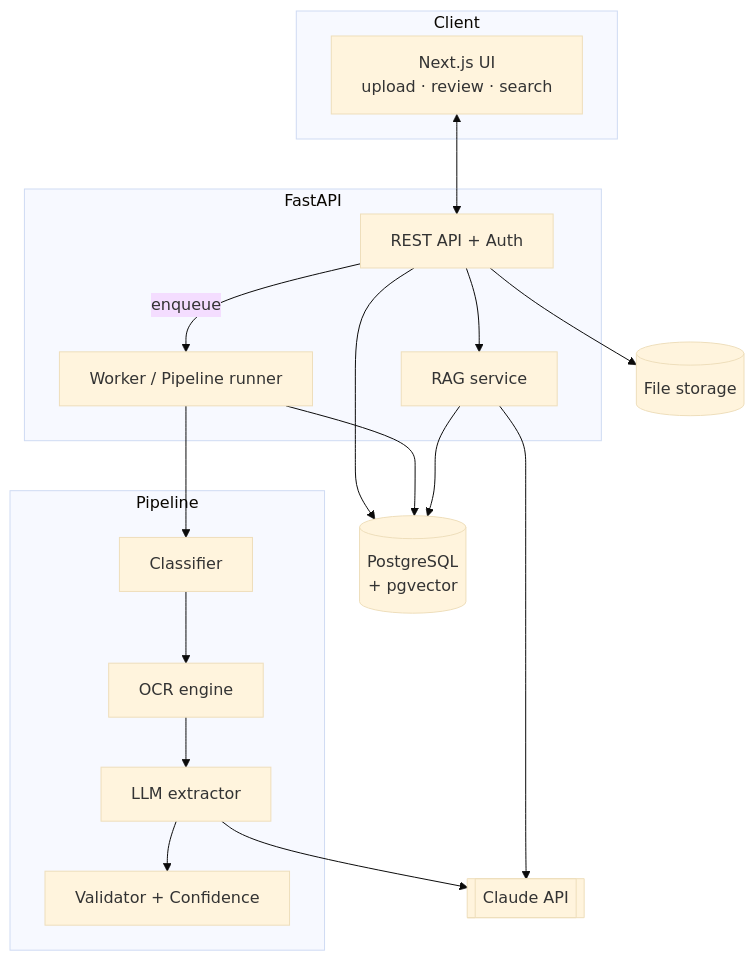
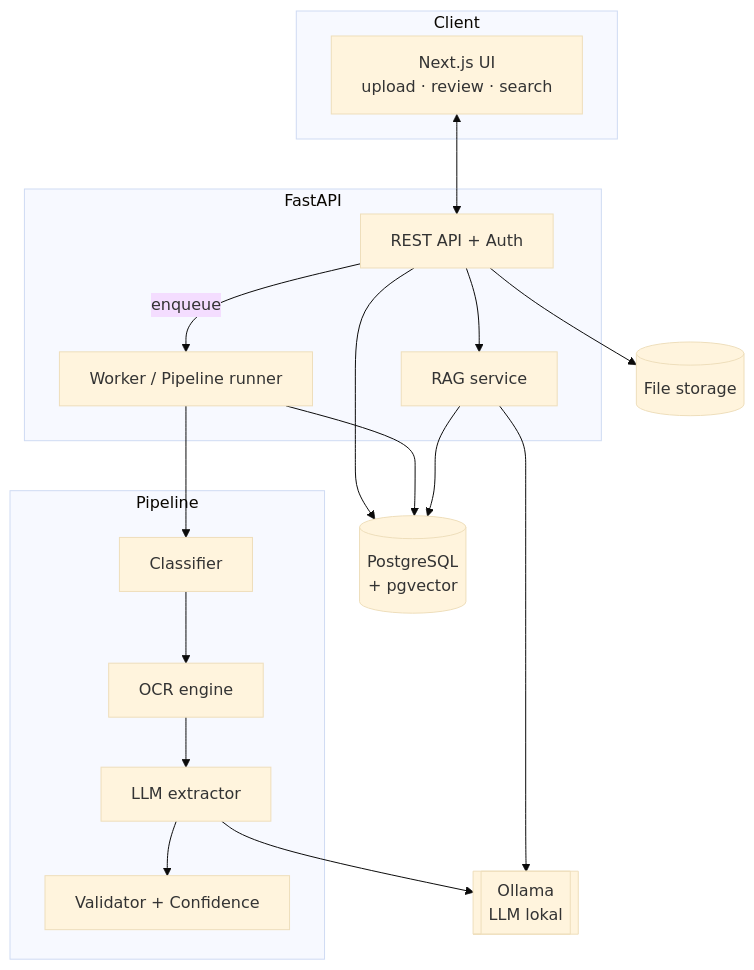
One commit to irsyadmaulana0105/DocuLens changed the first of 2 diagrams in docs/architecture.md. Above: the diagram before and after it, drawn with Mermaid (base theme). The commit also changed other lines of this file and 8 other files, not shown here.

````diff
--- a/docs/architecture.md
+++ b/docs/architecture.md
@@ -5,31 +5,31 @@
 ```mermaid
 flowchart TB
     subgraph Client
         UI[Next.js UI<br/>upload · review · search]
     end
     subgraph Backend[FastAPI]
         API[REST API + Auth]
         WK[Worker / Pipeline runner]
         RAG[RAG service]
     end
     subgraph Pipeline
         CL[Classifier]
         OCR[OCR engine]
         EX[LLM extractor]
         VAL[Validator + Confidence]
     end
     DB[(PostgreSQL<br/>+ pgvector)]
     FS[(File storage)]
-    LLM[[Claude API]]
+    LLM[[Ollama<br/>LLM lokal]]
 
     UI <--> API
     API --> DB
     API --> FS
     API -->|enqueue| WK
     WK --> CL --> OCR --> EX --> VAL
     EX --> LLM
     WK --> DB
     RAG --> DB
     RAG --> LLM
     API --> RAG
 ```
````
